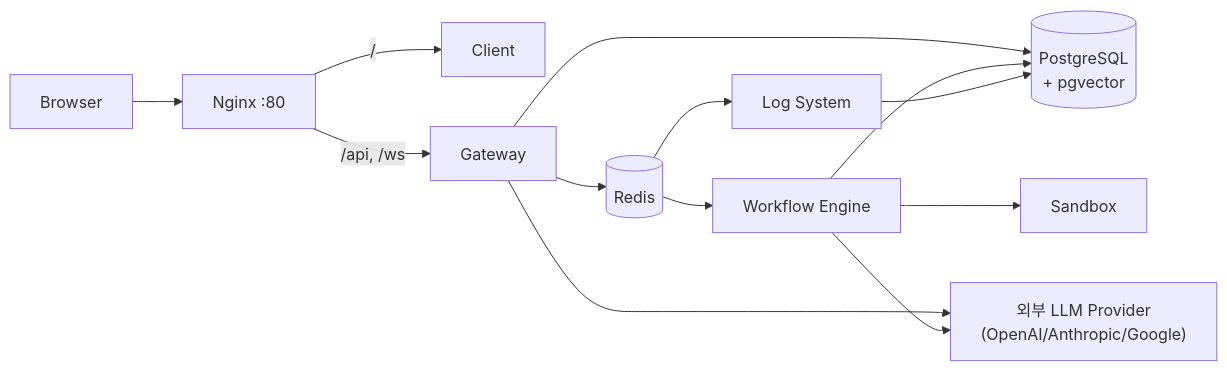
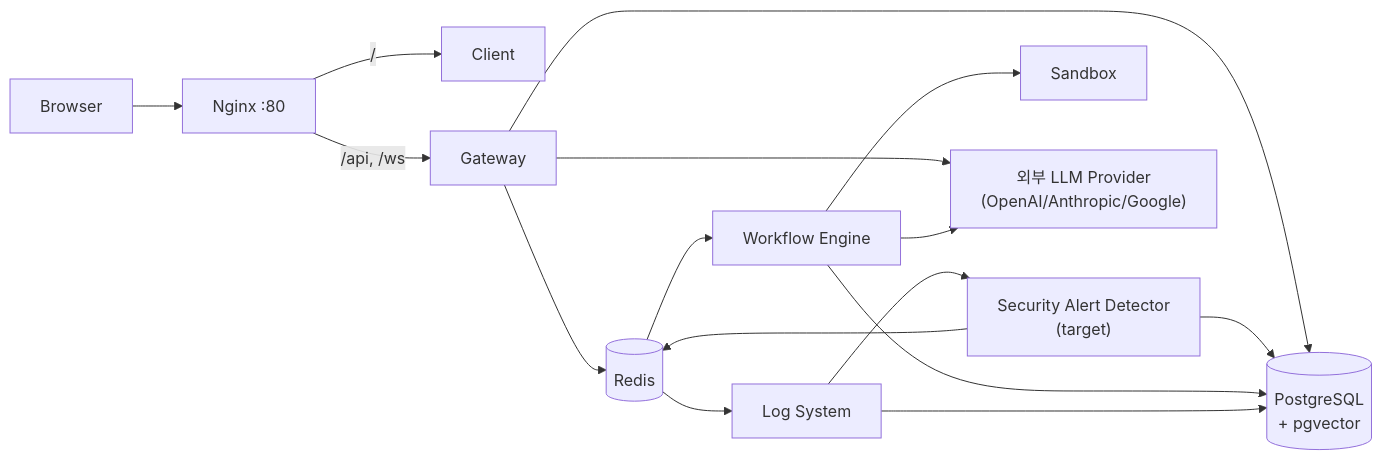
One commit to gannak1/nodease_refactoring_gannak1 changed the diagram in docs/architecture.md. Above: the diagram before and after it, drawn with Mermaid. The commit also changed other lines of this file and 5 other files, not shown here.

Commit message:
docs(security-alert): 제품 및 공통 설계 문서 정렬

````diff
--- a/docs/architecture.md
+++ b/docs/architecture.md
@@ -39,15 +49,18 @@
 ```mermaid
 graph LR
     B[Browser] --> N["Nginx :80"]
     N -->|"/"| C[Client]
     N -->|"/api, /ws"| G[Gateway]
     G --> PG[("PostgreSQL<br/>+ pgvector")]
     G --> R[(Redis)]
     R --> WE[Workflow Engine]
     R --> LS[Log System]
+    LS --> SAD["Security Alert Detector<br/>(target)"]
+    SAD --> PG
+    SAD --> R
     WE --> PG
     LS --> PG
     WE --> SB[Sandbox]
     G --> LLM["외부 LLM Provider<br/>(OpenAI/Anthropic/Google)"]
     WE --> LLM
 ```
````
